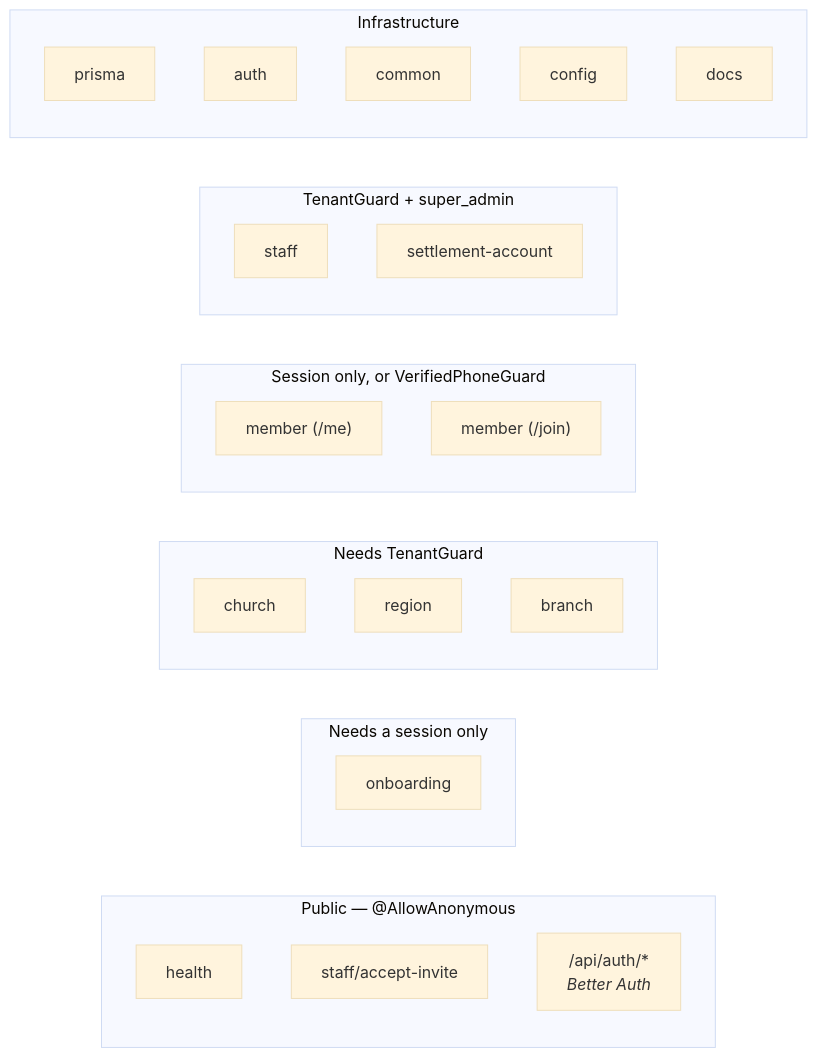
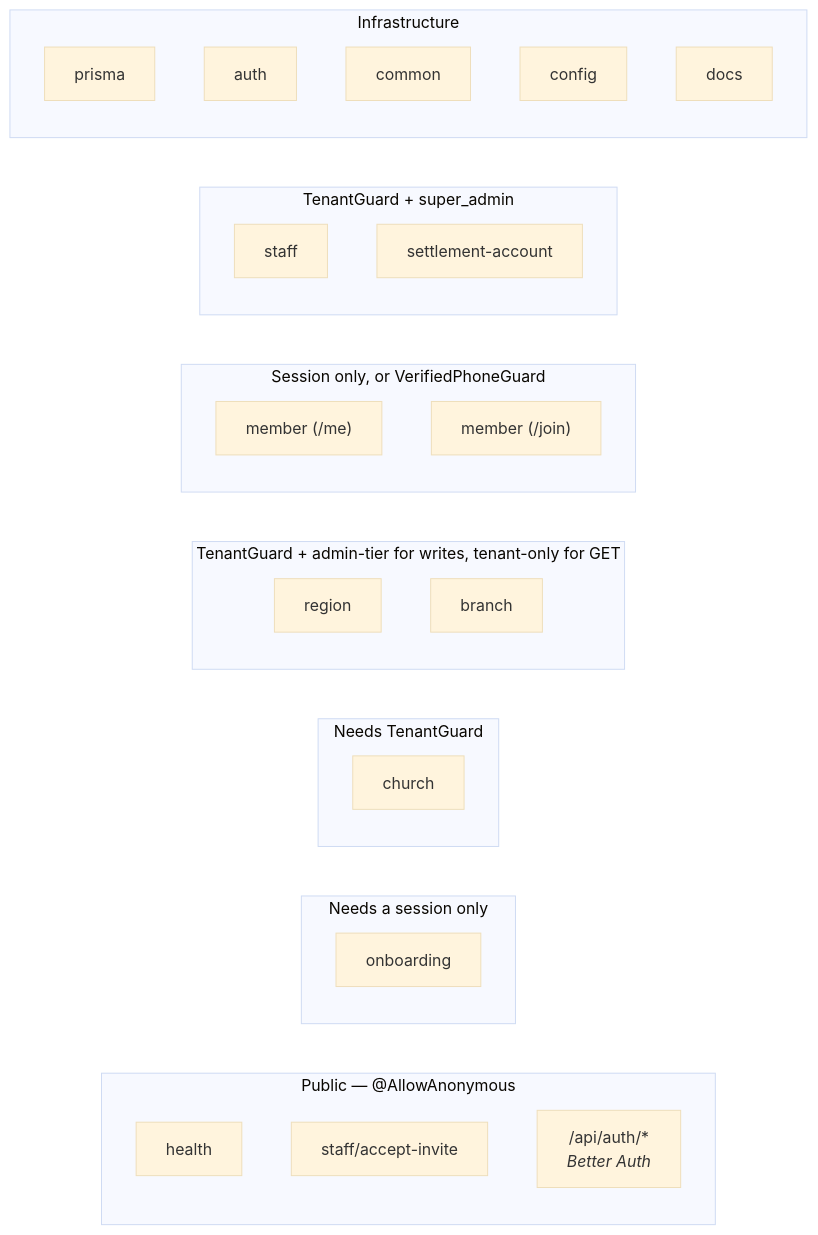
The third of 4 diagrams in docs/architecture.md (chuba-cn/koru), drawn with Mermaid (base theme) before and after one commit. The commit also changed other lines of this file and 9 other files, not shown here.

````diff
--- a/docs/architecture.md
+++ b/docs/architecture.md
@@ -108,36 +108,39 @@
 ```mermaid
 graph LR
     subgraph public["Public — @AllowAnonymous"]
         health["health"]
         accept["staff/accept-invite"]
         ba["/api/auth/*<br/><i>Better Auth</i>"]
     end
 
     subgraph session["Needs a session only"]
         onboarding["onboarding"]
     end
 
     subgraph tenant["Needs TenantGuard"]
         church["church"]
+    end
+
+    subgraph tenantAdmin["TenantGuard + admin-tier for writes, tenant-only for GET"]
         region["region"]
         branch["branch"]
     end
 
     subgraph memberzone["Session only, or VerifiedPhoneGuard"]
         member["member (/me)"]
         join["member (/join)"]
     end
 
     subgraph admin["TenantGuard + super_admin"]
         staff["staff"]
         settlement["settlement-account"]
     end
 
     subgraph infra["Infrastructure"]
         prisma["prisma"]
         auth["auth"]
         common["common"]
         config["config"]
         docs["docs"]
     end
 ```
````
